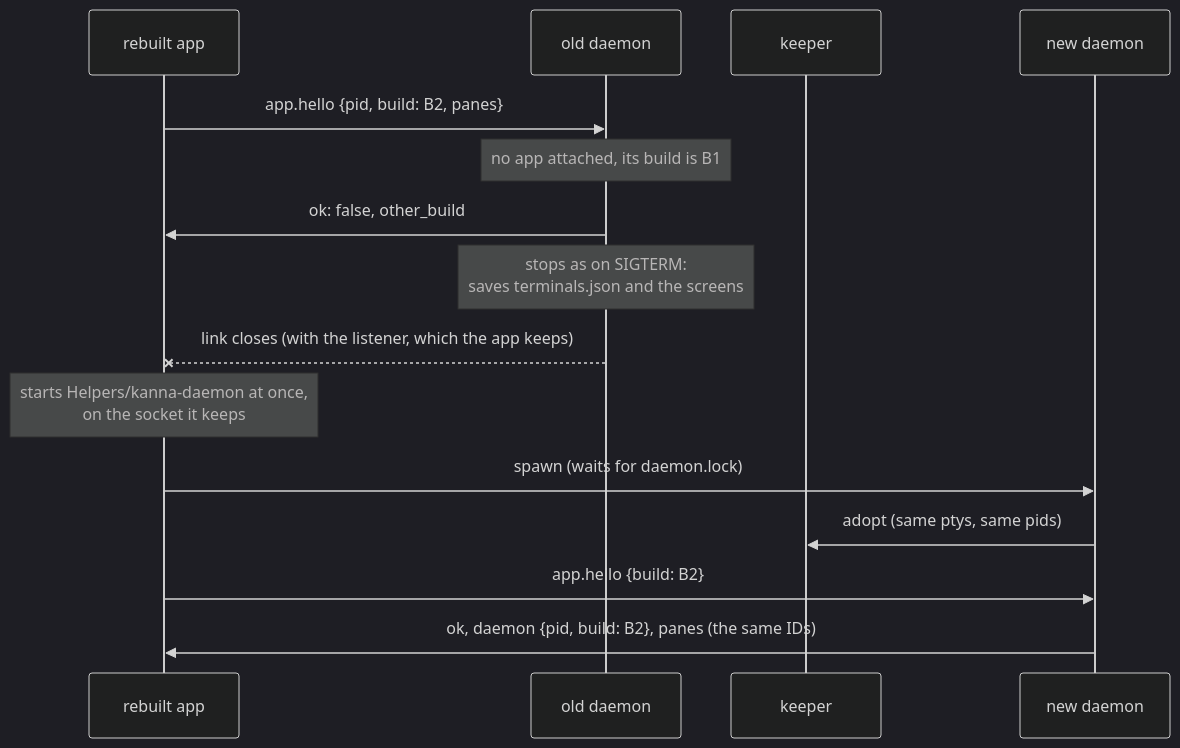
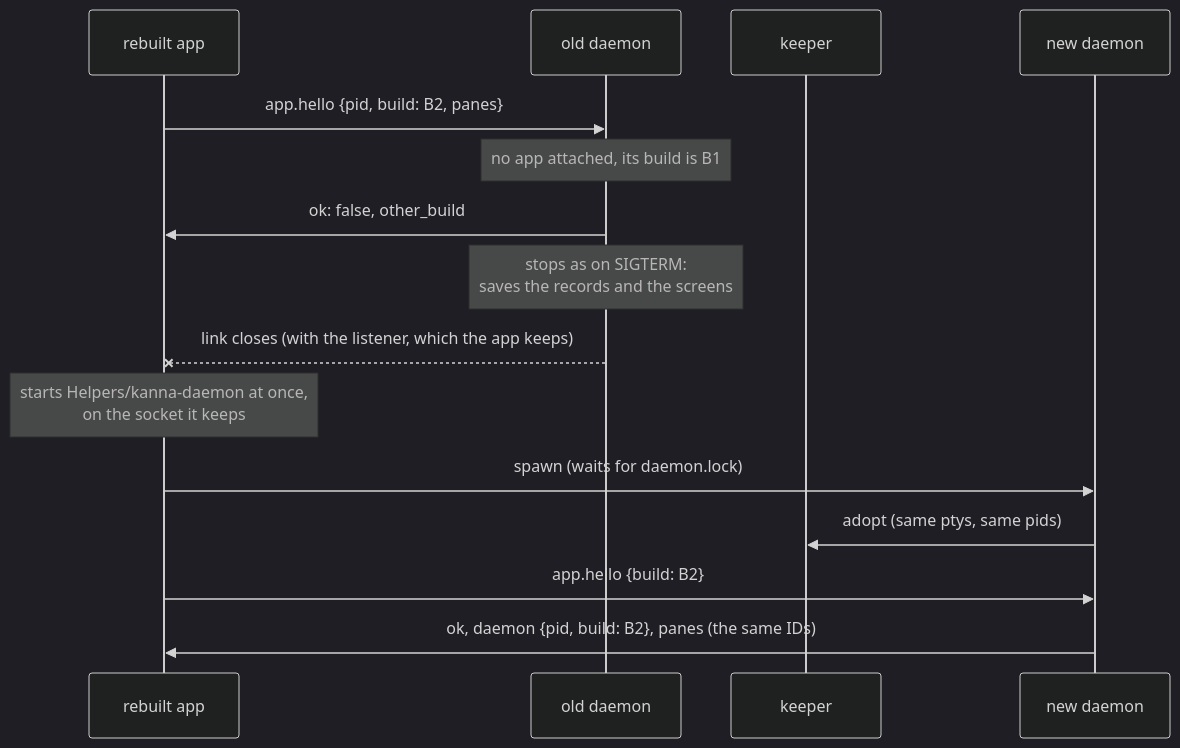
The diagram in docs/specs/daemon-build.md (tampopogk/kanna), drawn with Mermaid (dark theme) before and after one commit. The commit also changed 23 other files, not shown here.

````diff
--- a/docs/specs/daemon-build.md
+++ b/docs/specs/daemon-build.md
@@ -24,17 +24,17 @@
 ```mermaid
 sequenceDiagram
     participant A as rebuilt app
     participant D1 as old daemon
     participant K as keeper
     participant D2 as new daemon
     A->>D1: app.hello {pid, build: B2, panes}
     Note over D1: no app attached, its build is B1
     D1->>A: ok: false, other_build
-    Note over D1: stops as on SIGTERM:<br/>saves terminals.json and the screens
+    Note over D1: stops as on SIGTERM:<br/>saves the records and the screens
     D1--xA: link closes (with the listener, which the app keeps)
     Note over A: starts Helpers/kanna-daemon at once,<br/>on the socket it keeps
     A->>D2: spawn (waits for daemon.lock)
     D2->>K: adopt (same ptys, same pids)
     A->>D2: app.hello {build: B2}
     D2->>A: ok, daemon {pid, build: B2}, panes (the same IDs)
 ```
````
